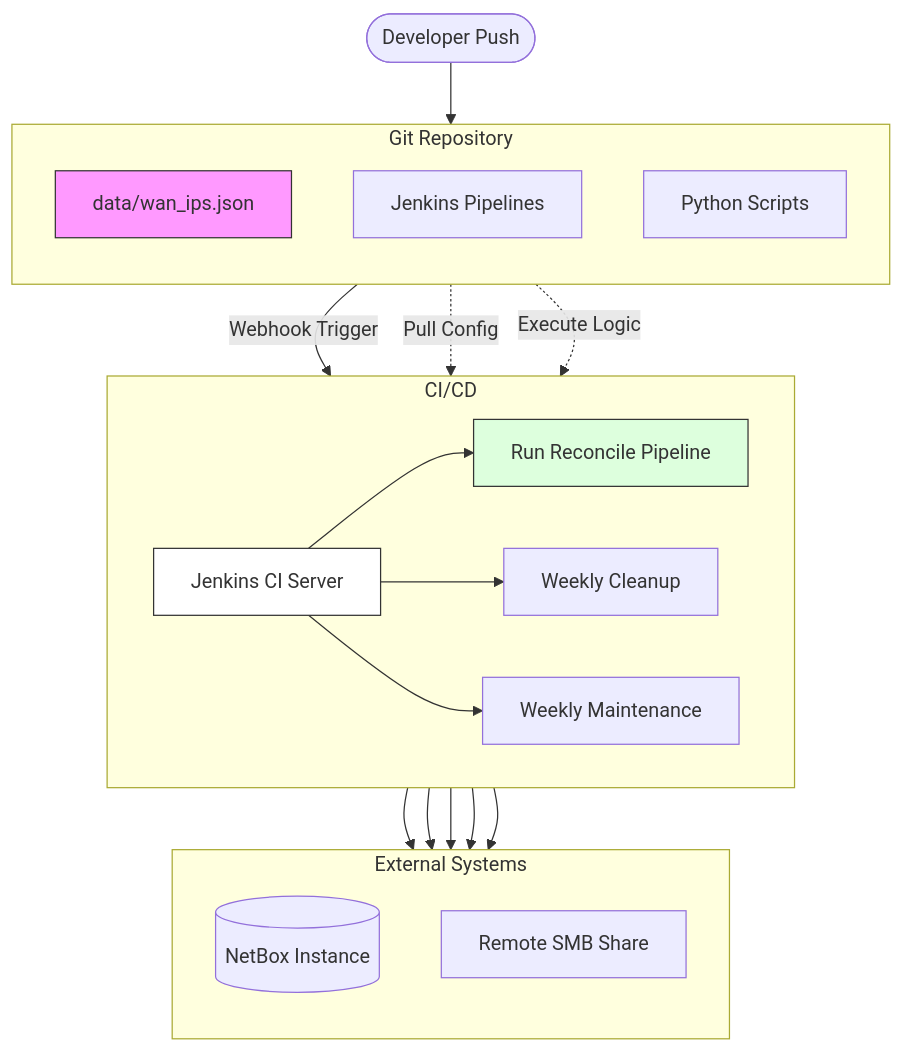
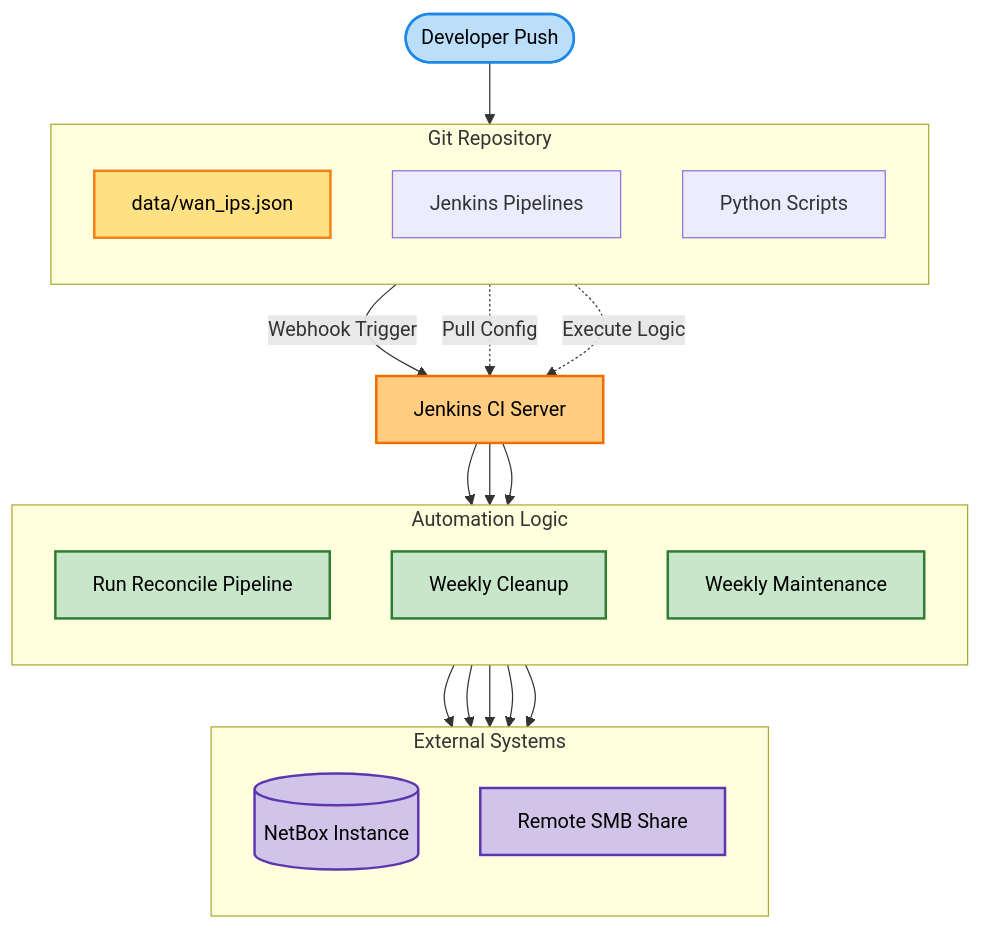
The diagram in instructions.md (wondering-packet/netbox), drawn with Mermaid before and after one commit.

Commit message:
doc: updated architecture diagram

````diff
--- a/instructions.md
+++ b/instructions.md
@@ -3,43 +3,58 @@
 ```mermaid
 flowchart TD
     %% Actor
     Dev([Developer Push]) --> DataFile
 
-    subgraph Git_Repo [Git Repository]
+    %% Git Repo
+    subgraph Git_Repo[Git Repository]
         direction TB
         DataFile[data/wan_ips.json]
         Pipelines[Jenkins Pipelines]
         Scripts[Python Scripts]
     end
 
-    %% Trigger Sequence - Fixed Labels
-    DataFile -->|"Webhook Trigger"| Jenkins[Jenkins CI Server]
-    Pipelines -.->|"Pull Config"| Jenkins
-    Scripts -.->|"Execute Logic"| Jenkins
+    %% CI
+    DataFile -->|Webhook Trigger| Jenkins[Jenkins CI Server]
+    Pipelines -.->|Pull Config| Jenkins
+    Scripts -.->|Execute Logic| Jenkins
 
-    subgraph Automation [CI/CD]
-        direction LR
-        Jenkins --> Reconcile[Run Reconcile Pipeline]
-        Jenkins --> Cleanup[Weekly Cleanup]
-        Jenkins --> Maint[Weekly Maintenance]
+    %% Automation
+    subgraph Automation[Automation Logic]
+        direction TB
+        Reconcile[Run Reconcile Pipeline]
+        Cleanup[Weekly Cleanup]
+        Maint[Weekly Maintenance]
     end
 
-    subgraph Systems [External Systems]
+    Jenkins --> Reconcile
+    Jenkins --> Cleanup
+    Jenkins --> Maint
+
+    %% External Systems
+    subgraph Systems[External Systems]
         direction TB
         NetBox[(NetBox Instance)]
         SMB[Remote SMB Share]
     end
 
     %% Connections
     Reconcile --> NetBox
     Cleanup --> NetBox
-    
+
     Reconcile --> SMB
     Cleanup --> SMB
     Maint --> SMB
 
-    %% Styling
-    style DataFile fill:#f9f,stroke:#333
-    style Reconcile fill:#dfd,stroke:#333
-    style Jenkins fill:#fff,stroke:#333
+    %% Styling (GitHub readable)
+    style Dev fill:#bbdefb,stroke:#1e88e5,stroke-width:2px,color:#000
+    style DataFile fill:#ffe082,stroke:#f57f17,stroke-width:2px,color:#000
+
+    style Jenkins fill:#ffcc80,stroke:#ef6c00,stroke-width:2px,color:#000
+
+    style Reconcile fill:#c8e6c9,stroke:#2e7d32,stroke-width:2px,color:#000
+    style Cleanup fill:#c8e6c9,stroke:#2e7d32,stroke-width:2px,color:#000
+    style Maint fill:#c8e6c9,stroke:#2e7d32,stroke-width:2px,color:#000
+
+    style NetBox fill:#d1c4e9,stroke:#5e35b1,stroke-width:2px,color:#000
+    style SMB fill:#d1c4e9,stroke:#5e35b1,stroke-width:2px,color:#000
 ```
````
